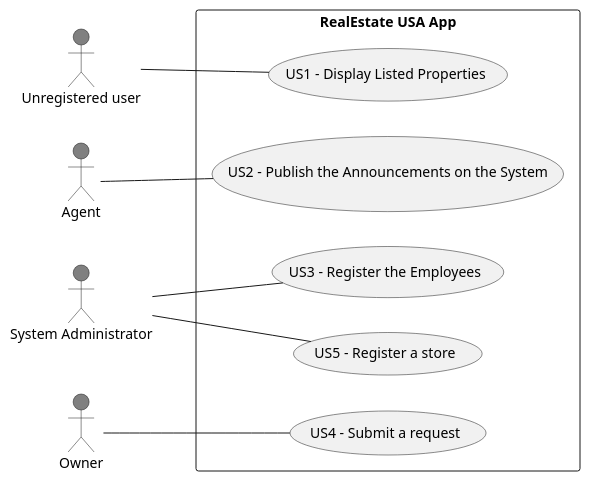
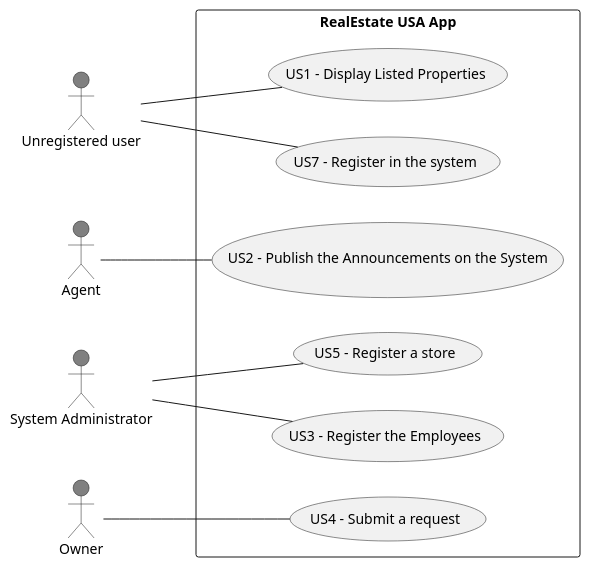
The diagram in docs/sprintB/global-artifacts/01.requirements-engineering/puml/use-case-diagram.puml (1220812/LAPR2), drawn with PlantUML before and after one commit. The commit also changed 25 other files, not shown here.

```diff
--- a/docs/sprintB/global-artifacts/01.requirements-engineering/puml/use-case-diagram.puml
+++ b/docs/sprintB/global-artifacts/01.requirements-engineering/puml/use-case-diagram.puml
@@ -1,21 +1,23 @@
 @startuml
 left to right direction
 
 actor "Unregistered user" as unUser #grey
 actor "Agent" as Agent #grey
 actor "System Administrator" as Admin #grey
 actor "Owner" as Owner #grey
 
 rectangle "RealEstate USA App"{
  usecase "US1 - Display Listed Properties" as UC1
+ usecase "US7 - Register in the system" as UC7
  usecase "US2 - Publish the Announcements on the System" as UC2
  usecase "US4 - Submit a request" as UC4
  usecase "US5 - Register a store" as UC5
  usecase "US3 - Register the Employees" as UC3
  }
  unUser -- UC1
  Agent -- UC2
  Admin -- UC5
  Admin -- UC3
  Owner -- UC4
+ unUser -- UC7
 @enduml
```
